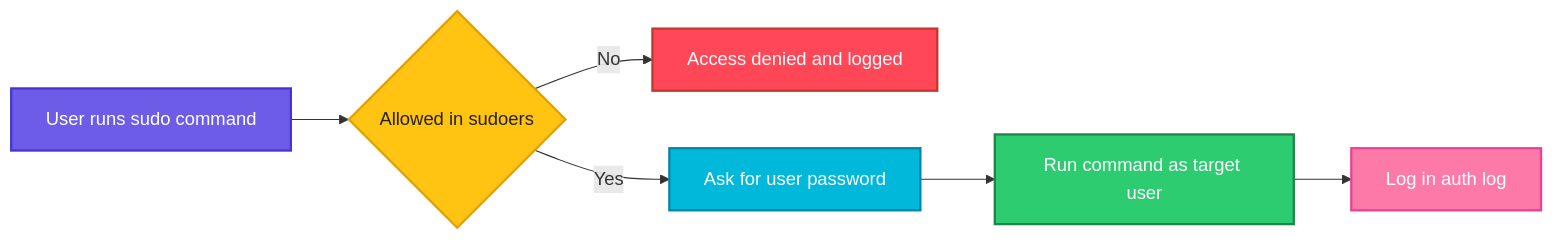
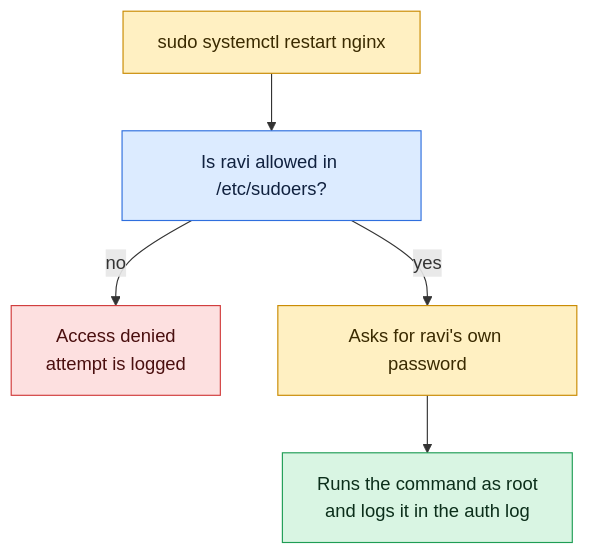
One commit to codeKerdosTech/DevOps-Documentation changed the diagram in linux/user-management/sudo.md. Above: the diagram before and after it, drawn with Mermaid. The commit also changed other lines of this file and 165 other files, not shown here.

Commit message:
updated diagrams in linux

````diff
--- a/linux/user-management/sudo.md
+++ b/linux/user-management/sudo.md
@@ -16,21 +16,16 @@
 ```mermaid
-flowchart LR
-    A[User runs sudo command] --> B{Allowed in sudoers}
-    B -->|No| C[Access denied and logged]
-    B -->|Yes| D[Ask for user password]
-    D --> E[Run command as target user]
-    E --> F[Log in auth log]
-    classDef start fill:#6C5CE7,stroke:#4834D4,stroke-width:2px,color:#fff
-    classDef proc fill:#00B8D9,stroke:#0087A8,stroke-width:2px,color:#fff
-    classDef dec fill:#FFC312,stroke:#E1A100,stroke-width:2px,color:#222
-    classDef ok fill:#2ECC71,stroke:#1E8449,stroke-width:2px,color:#fff
-    classDef err fill:#FF4757,stroke:#C0392B,stroke-width:2px,color:#fff
-    classDef out fill:#FD79A8,stroke:#E84393,stroke-width:2px,color:#fff
-    classDef alt fill:#FF9F43,stroke:#E67E22,stroke-width:2px,color:#fff
-    class A start
-    class B dec
-    class C err
-    class D proc
-    class E ok
-    class F out
+flowchart TD
+    c1[sudo systemctl restart nginx] --> i1[Is ravi allowed in /etc/sudoers?]
+    i1 -->|no| x1[Access denied<br/>attempt is logged]
+    i1 -->|yes| c2[Asks for ravi's own password]
+    c2 --> o1[Runs the command as root<br/>and logs it in the auth log]
+    classDef inp fill:#DCEBFF,stroke:#2F6FDE,color:#10213F
+    classDef cmd fill:#FFF0C2,stroke:#C98A00,color:#3A2A00
+    classDef out fill:#D9F5E3,stroke:#1F9D55,color:#0B2E1A
+    classDef bad fill:#FDE0E0,stroke:#D13B3B,color:#4A0F0F
+    classDef note fill:#ECEFF3,stroke:#7B8794,color:#1F2933
+    class c1,c2 cmd
+    class i1 inp
+    class x1 bad
+    class o1 out
 ```
````
